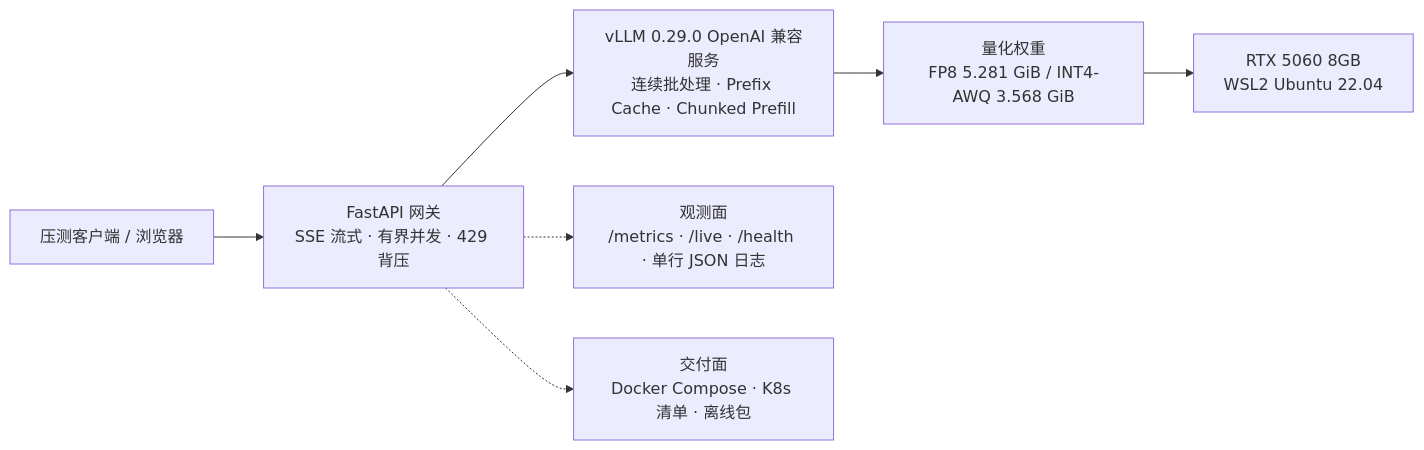
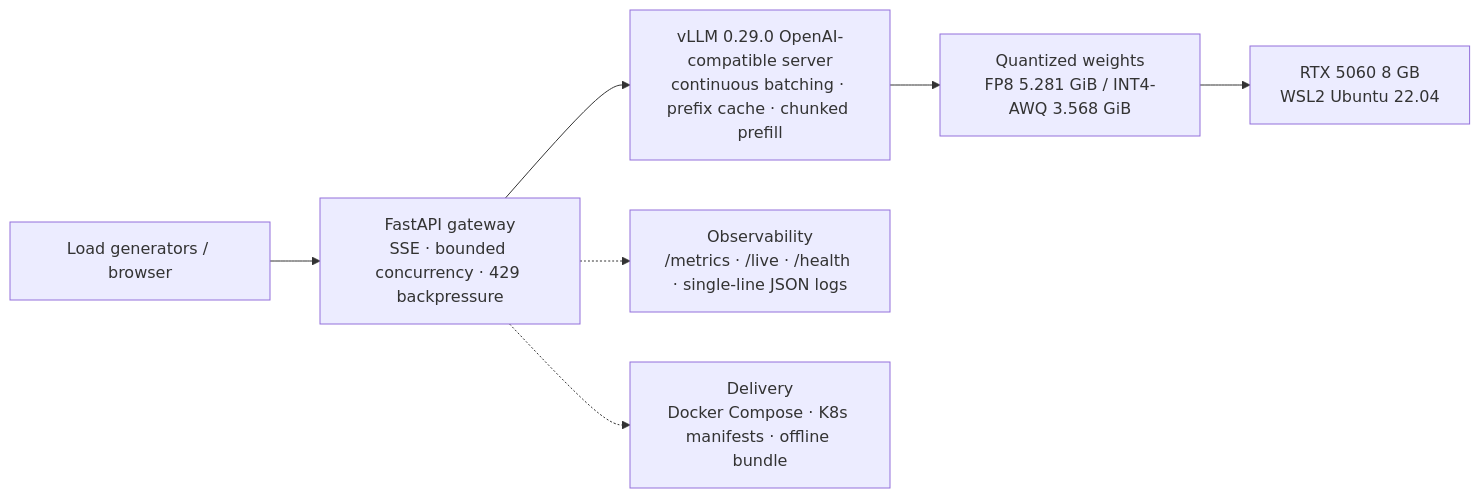
One commit to francisown/4b-llm-on-8gb-gpu changed the diagram in README.md. Above: the diagram before and after it, drawn with Mermaid. The commit also changed other lines of this file and 4 other files, not shown here.

````diff
--- a/README.md
+++ b/README.md
@@ -40,9 +46,9 @@
 ```mermaid
 flowchart LR
-    A["压测客户端 / 浏览器"] --> B["FastAPI 网关<br/>SSE 流式 · 有界并发 · 429 背压"]
-    B --> C["vLLM 0.29.0 OpenAI 兼容服务<br/>连续批处理 · Prefix Cache · Chunked Prefill"]
-    C --> D["量化权重<br/>FP8 5.281 GiB / INT4-AWQ 3.568 GiB"]
-    D --> E["RTX 5060 8GB<br/>WSL2 Ubuntu 22.04"]
-    B -.-> F["观测面<br/>/metrics · /live · /health · 单行 JSON 日志"]
-    B -.-> G["交付面<br/>Docker Compose · K8s 清单 · 离线包"]
+    A["Load generators / browser"] --> B["FastAPI gateway<br/>SSE · bounded concurrency · 429 backpressure"]
+    B --> C["vLLM 0.29.0 OpenAI-compatible server<br/>continuous batching · prefix cache · chunked prefill"]
+    C --> D["Quantized weights<br/>FP8 5.281 GiB / INT4-AWQ 3.568 GiB"]
+    D --> E["RTX 5060 8 GB<br/>WSL2 Ubuntu 22.04"]
+    B -.-> F["Observability<br/>/metrics · /live · /health · single-line JSON logs"]
+    B -.-> G["Delivery<br/>Docker Compose · K8s manifests · offline bundle"]
 ```
````
